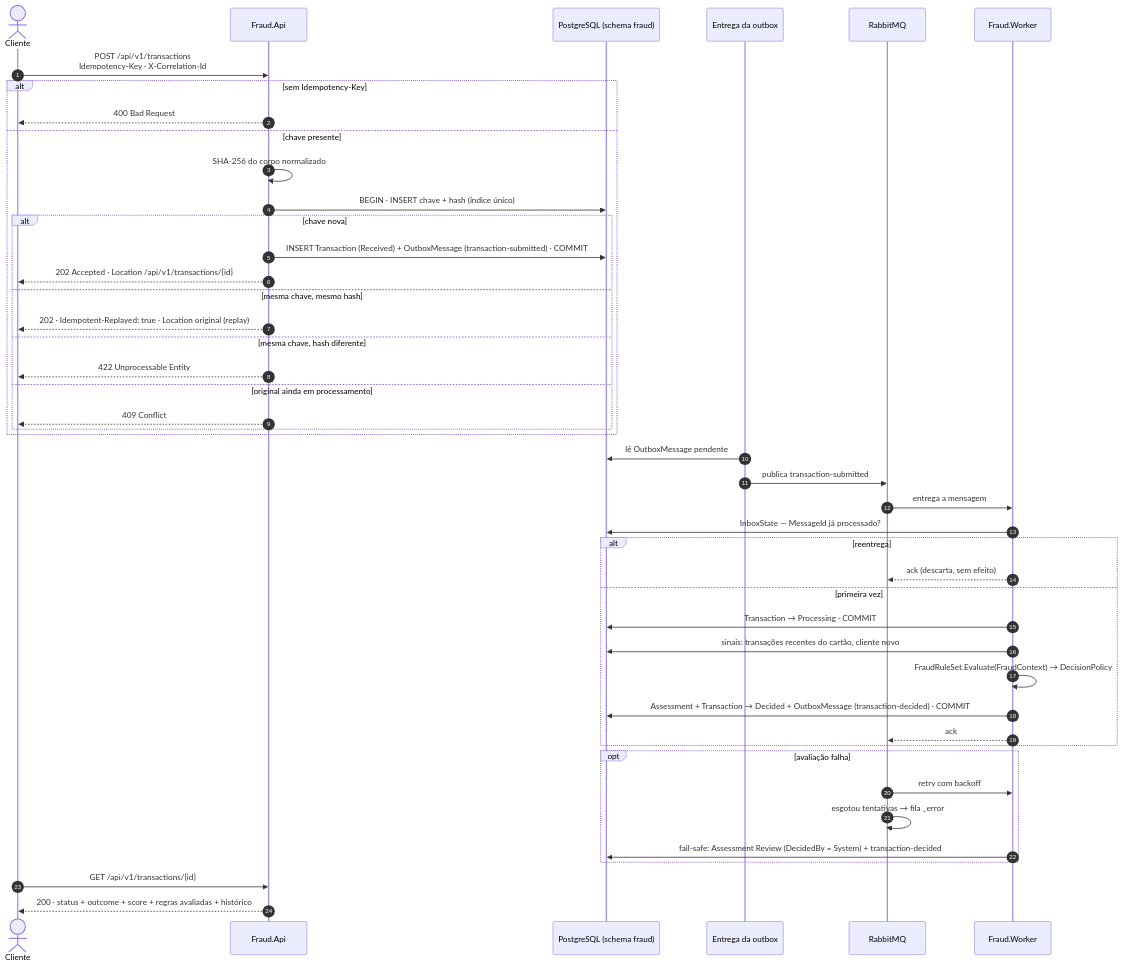
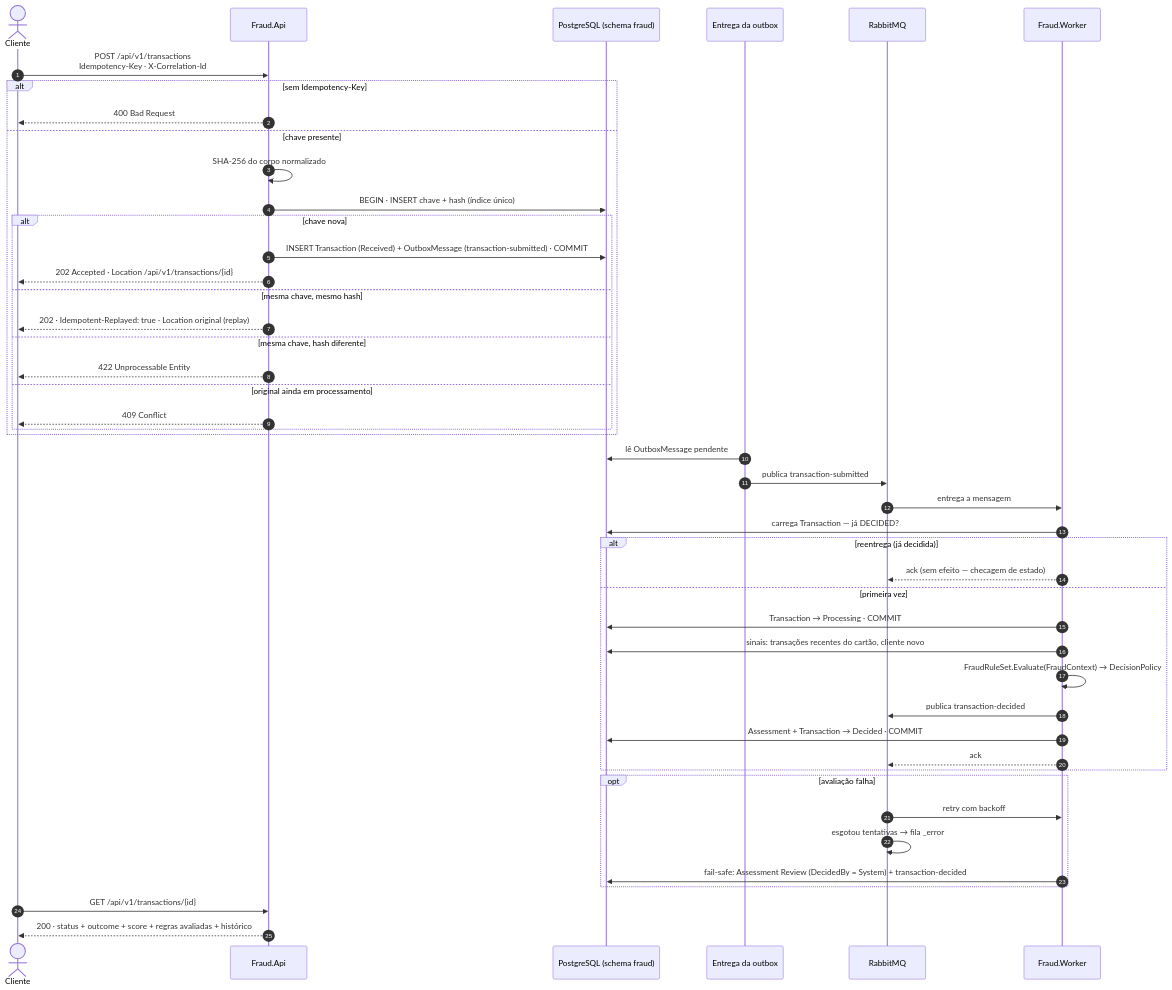
Before and after one commit to Berthot/BookStore: the first of 2 diagrams in docs/diagramas/02-sequencia.md, drawn with Mermaid. The commit also changed 5 other files, not shown here.

Commit message:
docs: alinhar README, ADRs e diagramas ao código — idempotência no consumidor por estado, inbox não ativado; limite de um outbox por bus

````diff
--- a/docs/diagramas/02-sequencia.md
+++ b/docs/diagramas/02-sequencia.md
@@ -9,51 +9,52 @@
 ```mermaid
 sequenceDiagram
   autonumber
   actor C as Cliente
   participant FA as Fraud.Api
   participant DB as PostgreSQL (schema fraud)
   participant OB as Entrega da outbox
   participant MQ as RabbitMQ
   participant FW as Fraud.Worker
 
   C->>FA: POST /api/v1/transactions<br/>Idempotency-Key · X-Correlation-Id
   alt sem Idempotency-Key
     FA-->>C: 400 Bad Request
   else chave presente
     FA->>FA: SHA-256 do corpo normalizado
     FA->>DB: BEGIN · INSERT chave + hash (índice único)
     alt chave nova
       FA->>DB: INSERT Transaction (Received) + OutboxMessage (transaction-submitted) · COMMIT
       FA-->>C: 202 Accepted · Location /api/v1/transactions/{id}
     else mesma chave, mesmo hash
       FA-->>C: 202 · Idempotent-Replayed: true · Location original (replay)
     else mesma chave, hash diferente
       FA-->>C: 422 Unprocessable Entity
     else original ainda em processamento
       FA-->>C: 409 Conflict
     end
   end
 
   OB->>DB: lê OutboxMessage pendente
   OB->>MQ: publica transaction-submitted
   MQ->>FW: entrega a mensagem
-  FW->>DB: InboxState — MessageId já processado?
-  alt reentrega
-    FW-->>MQ: ack (descarta, sem efeito)
+  FW->>DB: carrega Transaction — já DECIDED?
+  alt reentrega (já decidida)
+    FW-->>MQ: ack (sem efeito — checagem de estado)
   else primeira vez
     FW->>DB: Transaction → Processing · COMMIT
     FW->>DB: sinais: transações recentes do cartão, cliente novo
     FW->>FW: FraudRuleSet.Evaluate(FraudContext) → DecisionPolicy
-    FW->>DB: Assessment + Transaction → Decided + OutboxMessage (transaction-decided) · COMMIT
+    FW->>MQ: publica transaction-decided
+    FW->>DB: Assessment + Transaction → Decided · COMMIT
     FW-->>MQ: ack
   end
 
   opt avaliação falha
     MQ->>FW: retry com backoff
     MQ->>MQ: esgotou tentativas → fila _error
     FW->>DB: fail-safe: Assessment Review (DecidedBy = System) + transaction-decided
   end
 
   C->>FA: GET /api/v1/transactions/{id}
   FA-->>C: 200 · status + outcome + score + regras avaliadas + histórico
 ```
````
